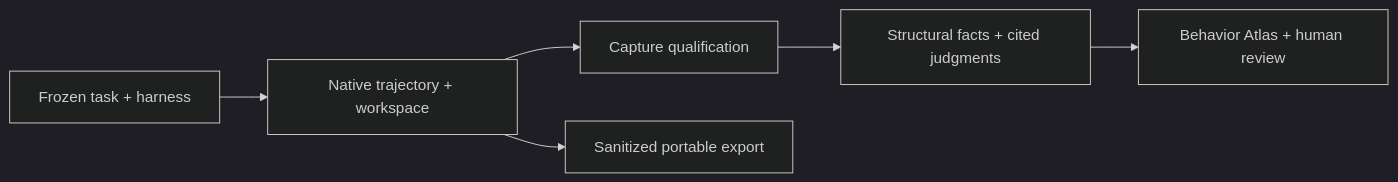
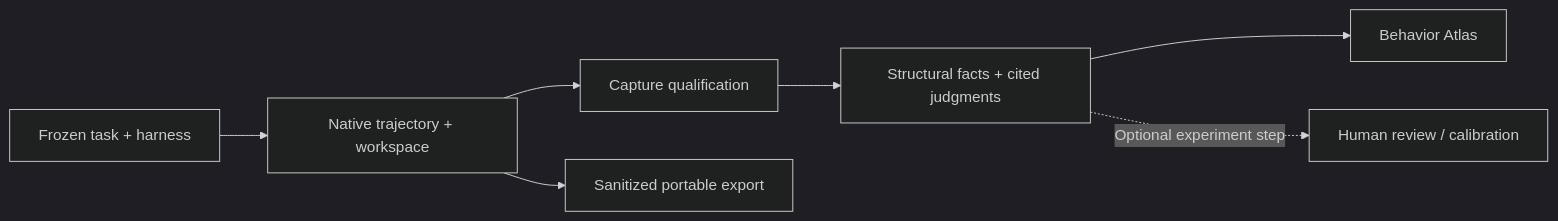
The diagram in README.md (trilogy-group/engineering-behavior-observatory), drawn with Mermaid (dark theme) before and after one commit. The commit also changed other lines of this file and 7 other files, not shown here.

````diff
--- a/README.md
+++ b/README.md
@@ -46,8 +46,9 @@
 ```mermaid
 flowchart LR
   A["Frozen task + harness"] --> B["Native trajectory + workspace"]
   B --> C["Capture qualification"]
   C --> D["Structural facts + cited judgments"]
-  D --> E["Behavior Atlas + human review"]
+  D --> E["Behavior Atlas"]
+  D -. "Optional experiment step" .-> G["Human review / calibration"]
   B --> F["Sanitized portable export"]
 ```
````
